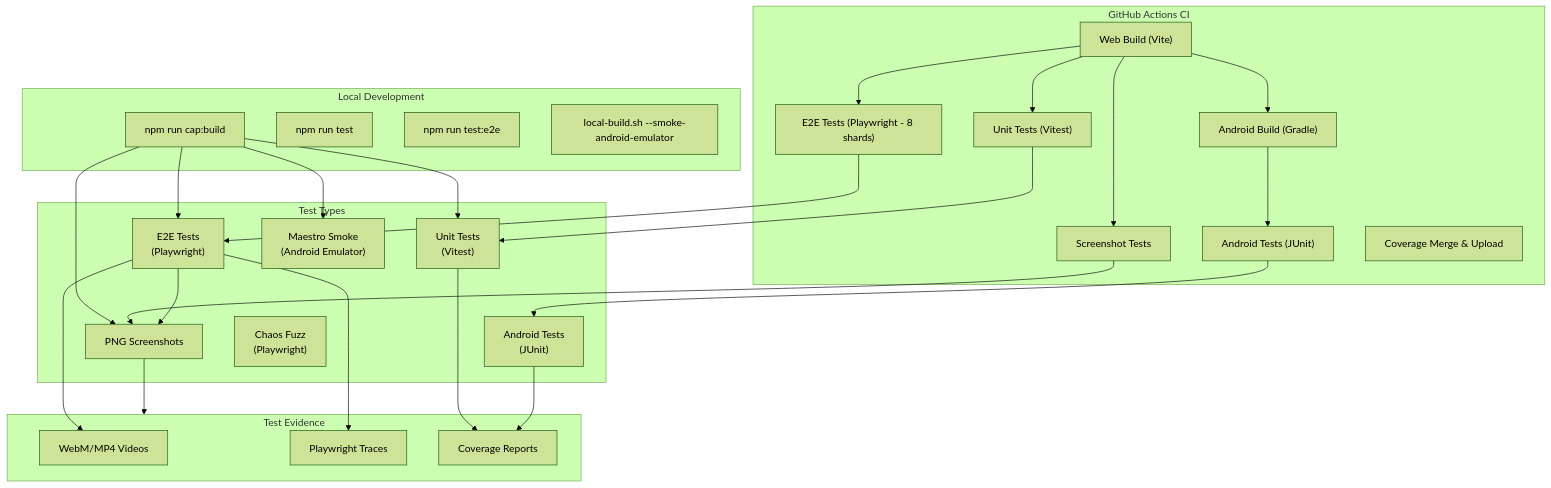
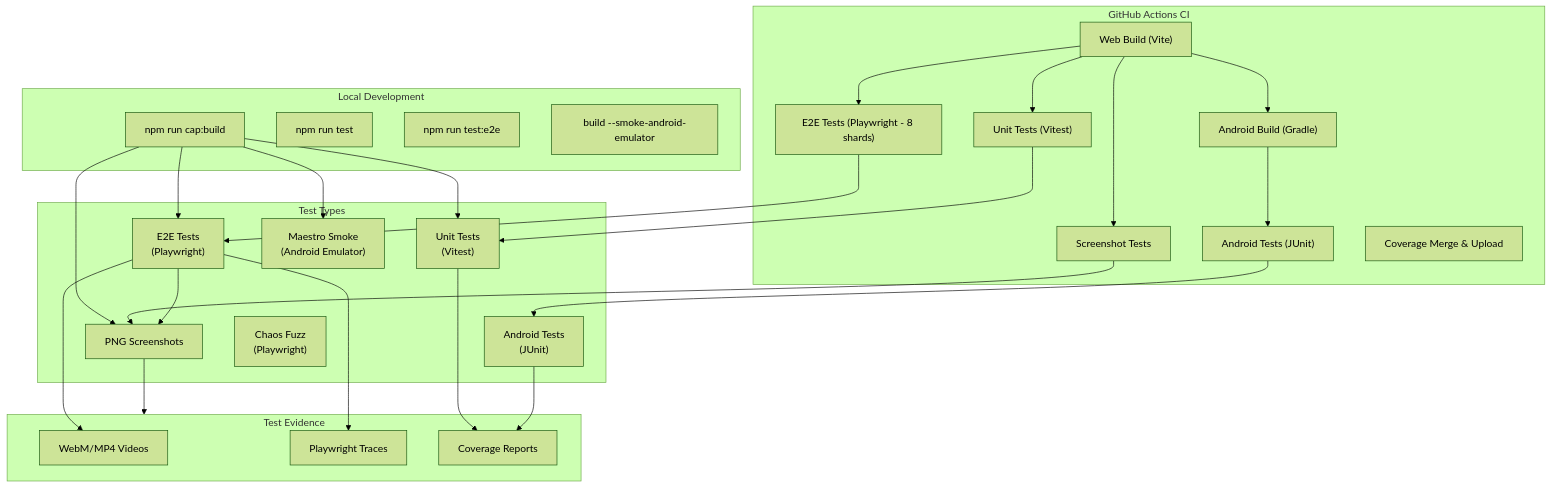
Before and after one commit to chrisgleissner/c64commander: the third of 4 diagrams in doc/developer.md, drawn with Mermaid (forest theme). The commit also changed other lines of this file and 336 other files, not shown here.

````diff
--- a/doc/developer.md
+++ b/doc/developer.md
@@ -430,58 +430,58 @@
 ```mermaid
 flowchart TB
   subgraph Local["Local Development"]
     LBuild["npm run cap:build"]
     LTest["npm run test"]
     LE2E["npm run test:e2e"]
-    LSmoke["local-build.sh --smoke-android-emulator"]
+    LSmoke["build --smoke-android-emulator"]
   end
 
   subgraph CI["GitHub Actions CI"]
     CIBuild["Web Build (Vite)"]
     CIUnit["Unit Tests (Vitest)"]
     CIE2E["E2E Tests (Playwright - 8 shards)"]
     CIScreenshots["Screenshot Tests"]
     CIAndroidBuild["Android Build (Gradle)"]
     CIAndroidTest["Android Tests (JUnit)"]
     CICoverage["Coverage Merge & Upload"]
   end
 
   subgraph TestTypes["Test Types"]
     Unit["Unit Tests<br/>(Vitest)"]
     E2E["E2E Tests<br/>(Playwright)"]
     Screenshots["Screenshot Tests<br/>(Playwright)"]
     Android["Android Tests<br/>(JUnit)"]
     Maestro["Maestro Smoke<br/>(Android Emulator)"]
     Fuzz["Chaos Fuzz<br/>(Playwright)"]
   end
 
   subgraph Evidence["Test Evidence"]
     Screenshots["PNG Screenshots"]
     Videos["WebM/MP4 Videos"]
     Traces["Playwright Traces"]
     Coverage["Coverage Reports"]
   end
 
   LBuild --> Unit
   LBuild --> E2E
   LBuild --> Screenshots
   LBuild --> Maestro
 
   CIBuild --> CIUnit
   CIBuild --> CIE2E
   CIBuild --> CIScreenshots
   CIBuild --> CIAndroidBuild
   CIAndroidBuild --> CIAndroidTest
 
   CIUnit --> Unit
   CIE2E --> E2E
   CIScreenshots --> Screenshots
   CIAndroidTest --> Android
 
   Unit --> Coverage
   E2E --> Screenshots
   E2E --> Videos
   E2E --> Traces
   Screenshots --> Evidence
   Android --> Coverage
 ```
````
